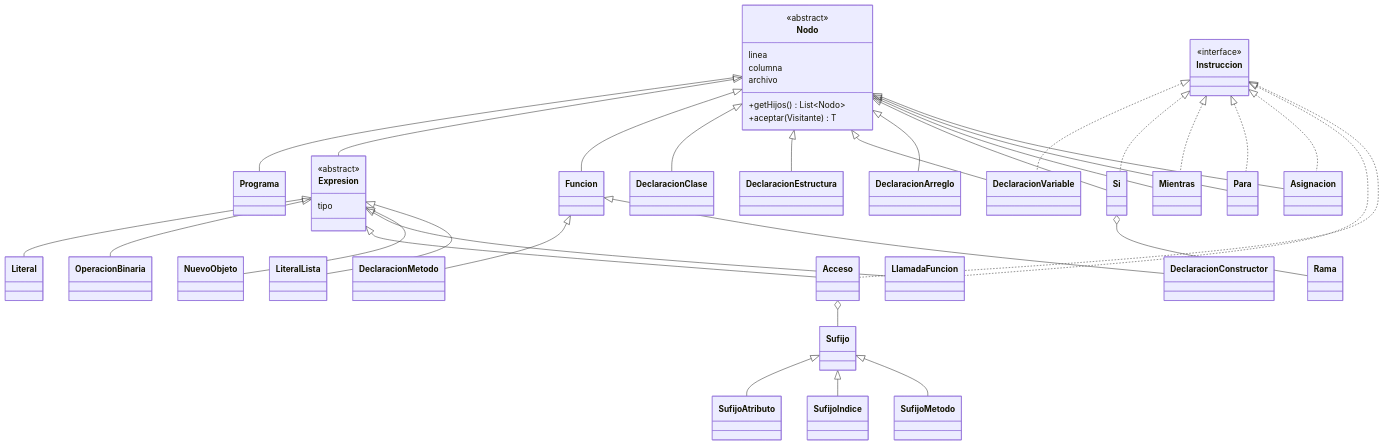
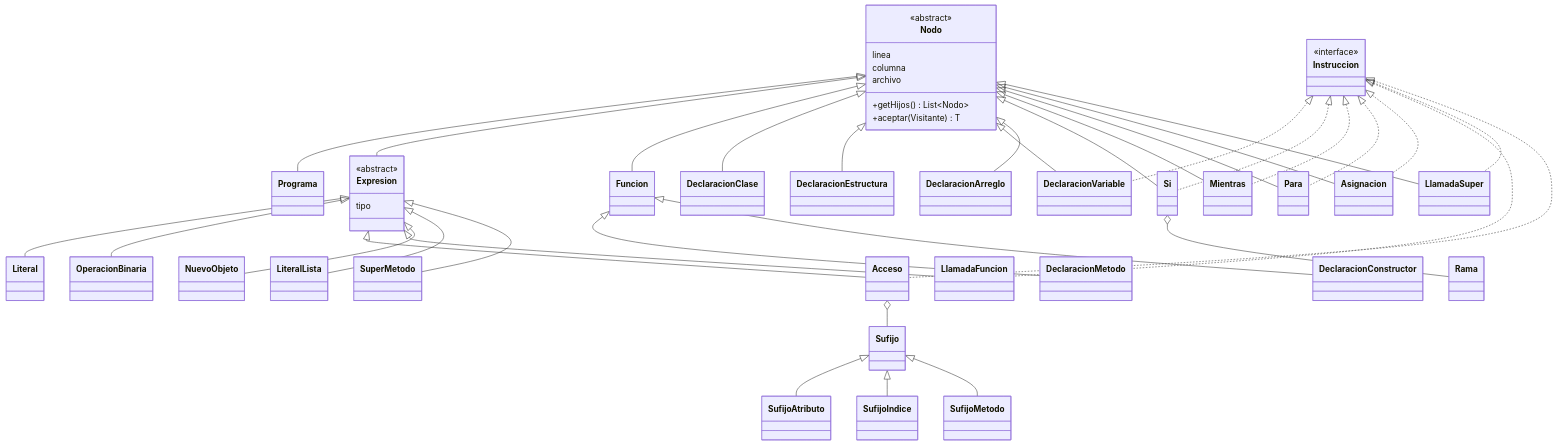
Before and after one commit to LuisRV2112/Proyecto1_compi2SS2025: the third of 6 diagrams in MANUAL_TECNICO.md, drawn with Mermaid. The commit also changed other lines of this file, not shown here.

````diff
--- a/MANUAL_TECNICO.md
+++ b/MANUAL_TECNICO.md
@@ -145,49 +171,52 @@
 ```mermaid
 classDiagram
     class Nodo {
         <<abstract>>
         linea
         columna
         archivo
         +getHijos() List~Nodo~
         +aceptar(Visitante) T
     }
     class Instruccion {
         <<interface>>
     }
     class Expresion {
         <<abstract>>
         tipo
     }
     Nodo <|-- Programa
     Nodo <|-- Expresion
     Nodo <|-- Funcion
     Funcion <|-- DeclaracionMetodo
     Funcion <|-- DeclaracionConstructor
     Nodo <|-- DeclaracionClase
     Nodo <|-- DeclaracionEstructura
     Nodo <|-- DeclaracionVariable
     Nodo <|-- DeclaracionArreglo
     Nodo <|-- Si
     Nodo <|-- Mientras
     Nodo <|-- Para
     Nodo <|-- Asignacion
     Instruccion <|.. DeclaracionVariable
     Instruccion <|.. Si
     Instruccion <|.. Mientras
     Instruccion <|.. Para
     Instruccion <|.. Asignacion
     Expresion <|-- Literal
     Expresion <|-- OperacionBinaria
     Expresion <|-- Acceso
     Expresion <|-- LlamadaFuncion
     Expresion <|-- NuevoObjeto
     Expresion <|-- LiteralLista
     Instruccion <|.. LlamadaFuncion
+    Instruccion <|.. LlamadaSuper
+    Expresion <|-- SuperMetodo
+    Nodo <|-- LlamadaSuper
     Instruccion <|.. Acceso
     Acceso o-- Sufijo
     Sufijo <|-- SufijoAtributo
     Sufijo <|-- SufijoIndice
     Sufijo <|-- SufijoMetodo
     Si o-- Rama
 ```
````
